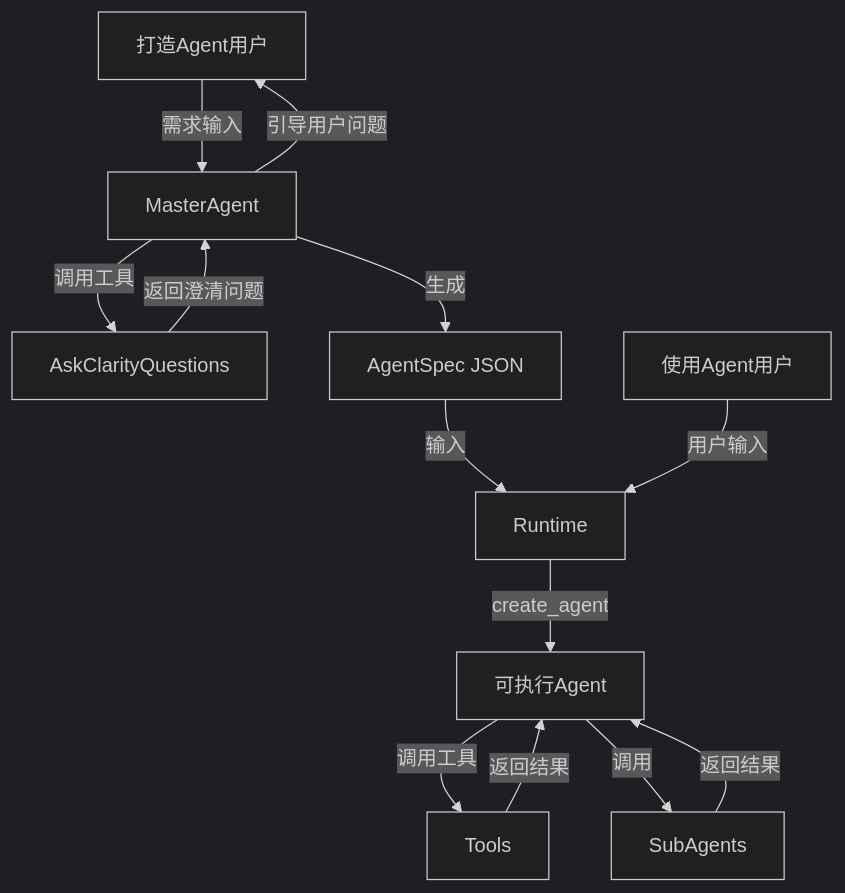
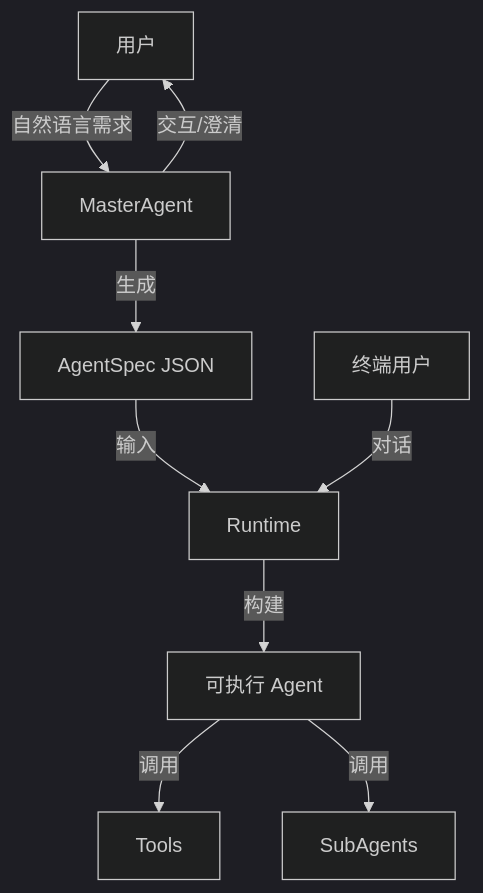
The diagram in README.md (yuvenhol/agent_foundry), drawn with Mermaid (dark theme) before and after one commit. The commit also changed other lines of this file and 2 other files, not shown here.

Commit message:
Update README.md to enhance project overview and architecture details; remove outdated ref-README.md; add new permissions in settings.local.json for Bash commands.

````diff
--- a/README.md
+++ b/README.md
@@ -14,15 +43,11 @@
 ```mermaid
 flowchart TD
-    U[打造Agent用户] -->|需求输入| M
-    M -->|引导用户问题| U
-    M[MasterAgent] -->|调用工具| Q[AskClarityQuestions]
-    Q -->|返回澄清问题| M
-    M -->|生成| JS[AgentSpec JSON]
-    JS -->|输入| R[Runtime]
-    U1[使用Agent用户] -->|用户输入| R
-    R -->|create_agent| A[可执行Agent]
-    A -->|调用工具| T[Tools]
-    T -->|返回结果| A
+    U[用户] -->|自然语言需求| M[MasterAgent]
+    M -->|交互/澄清| U
+    M -->|生成| Spec[AgentSpec JSON]
+    Spec -->|输入| R[Runtime]
+    U2[终端用户] -->|对话| R
+    R -->|构建| A[可执行 Agent]
+    A -->|调用| T[Tools]
     A -->|调用| SA[SubAgents]
-    SA -->|返回结果| A
 ```
````
